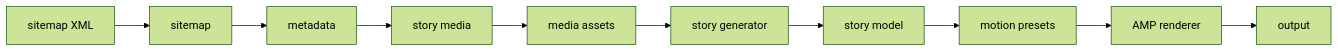
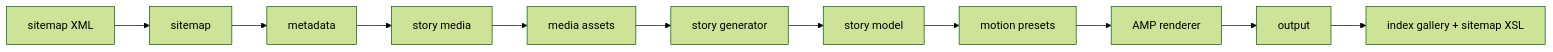
The diagram in docs/architecture.md (joisiney/web-stories), drawn with Mermaid (forest theme) before and after one commit. The commit also changed other lines of this file and 3 other files, not shown here.

````diff
--- a/docs/architecture.md
+++ b/docs/architecture.md
@@ -9,12 +9,13 @@
 ```mermaid
 flowchart LR
   A["sitemap XML"] --> B["sitemap"]
   B --> C["metadata"]
   C --> D["story media"]
   D --> E["media assets"]
   E --> F["story generator"]
   F --> G["story model"]
   G --> H["motion presets"]
   H --> I["AMP renderer"]
   I --> J["output"]
+  J --> K["index gallery + sitemap XSL"]
 ```
````
